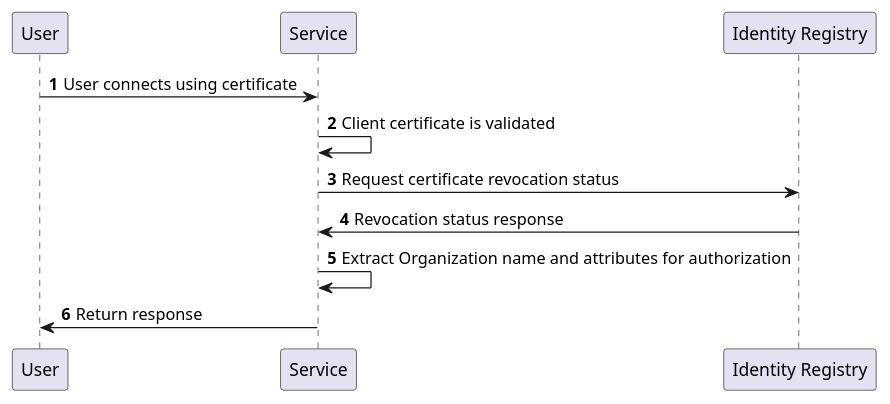
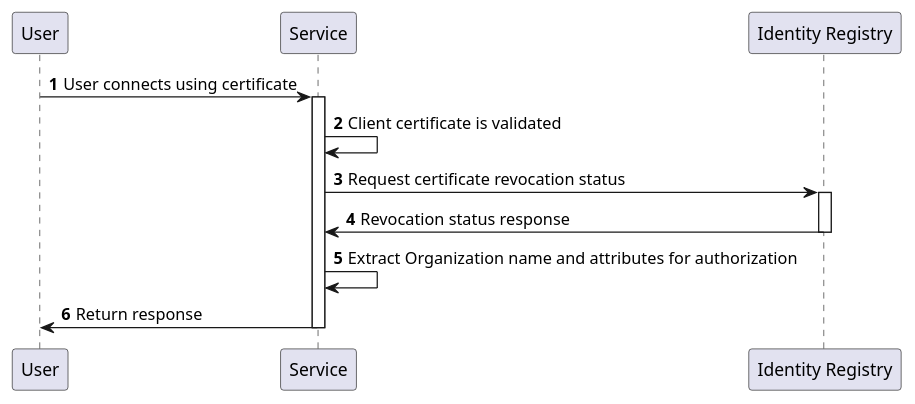
The first of 2 diagrams in identity/adoc/05X509Certificates.adoc (MaritimeCloud/developers.maritimecloud.net), drawn with PlantUML before and after one commit. The commit also changed other lines of this file and 2 other files, not shown here.

```diff
--- a/identity/adoc/05X509Certificates.adoc
+++ b/identity/adoc/05X509Certificates.adoc
@@ -95,10 +97,14 @@
 [plantuml]
 ....
 autonumber
 User -> Service: User connects using certificate
+activate Service
 Service -> Service: Client certificate is validated
 Service -> "Identity Registry": Request certificate revocation status
+activate "Identity Registry"
 "Identity Registry" -> Service: Revocation status response 
+deactivate "Identity Registry"
 Service -> Service: Extract Organization name and attributes for authorization
 Service -> User: Return response
+deactivate Service
 ....
```
